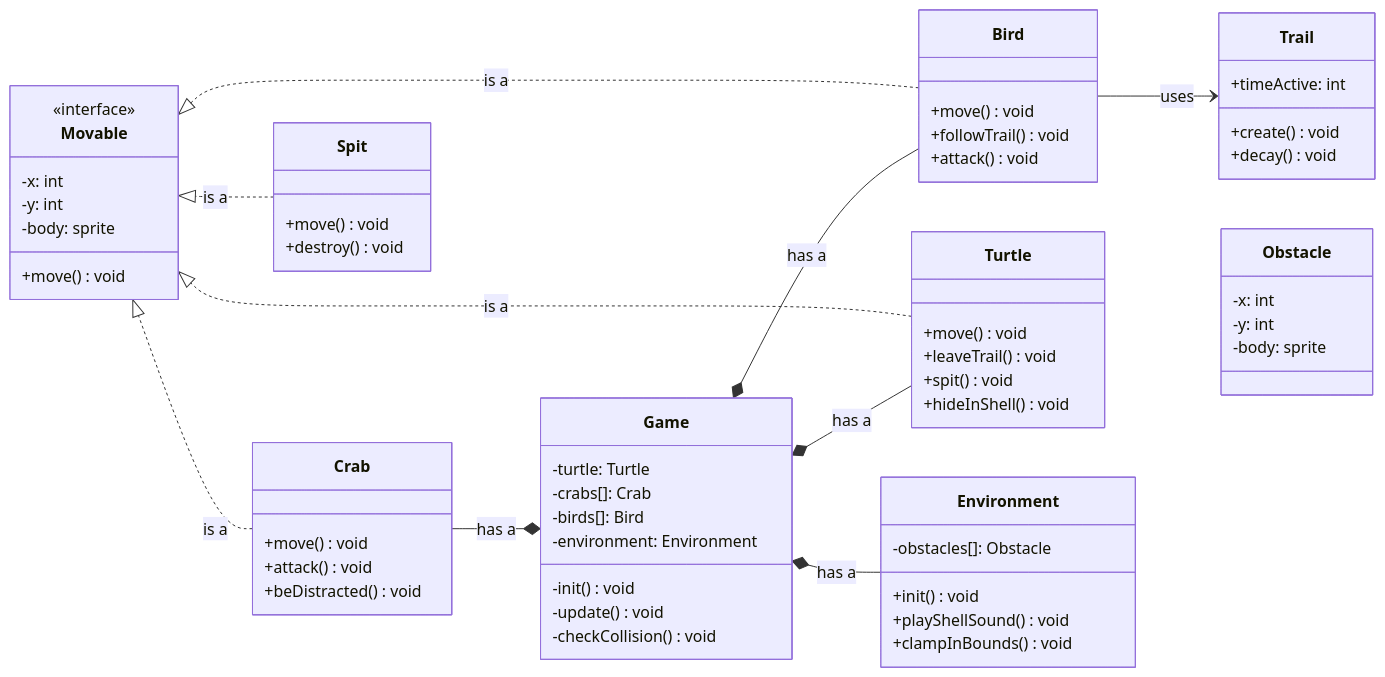
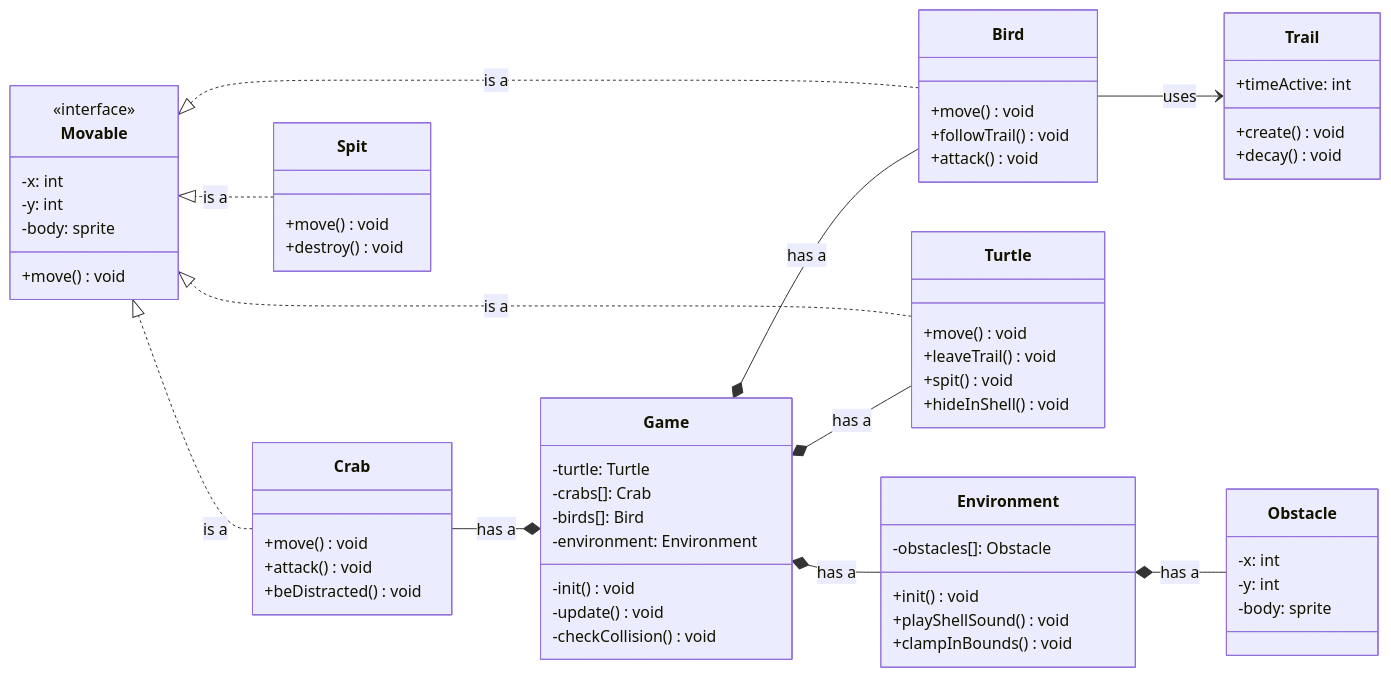
Before and after one commit to ITCGamesProg2/jp26-seeshells: the diagram in domain_model.md, drawn with Mermaid.

````diff
--- a/domain_model.md
+++ b/domain_model.md
@@ -93,4 +93,5 @@
     Spit ..|> Movable : is a 
 
     Environment --* Game : has a
+    Obstacle --* Environment : has a
 ```
````
